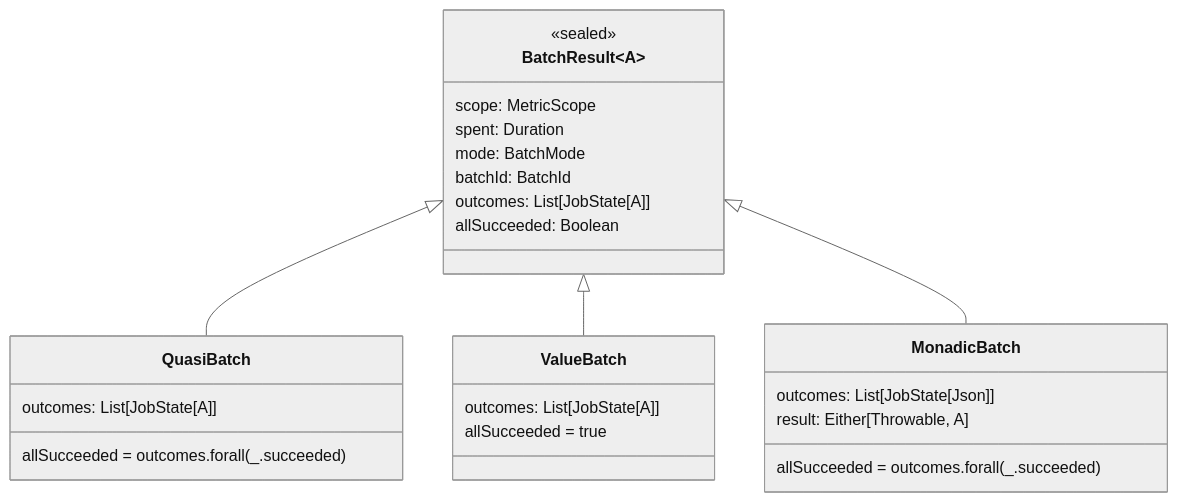
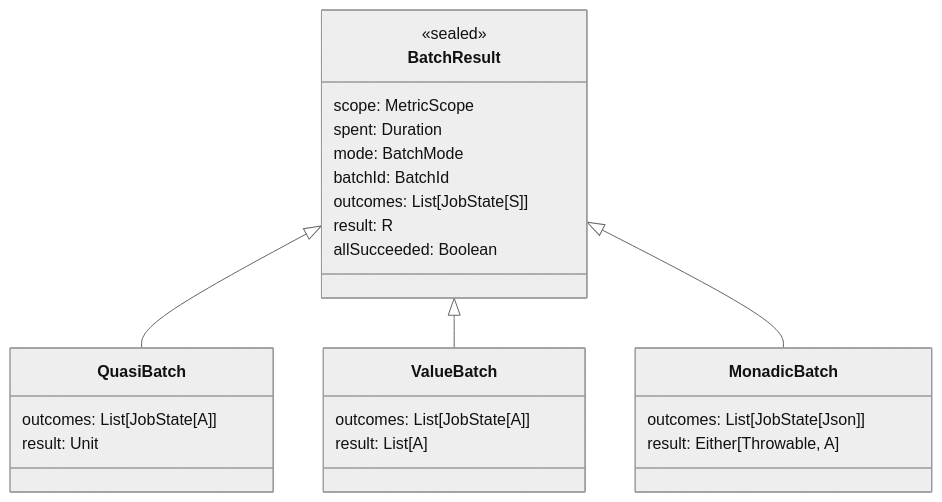
Before and after one commit to chenharryhua/nanjin: the fifth of 7 diagrams in guard/doc/README.md, drawn with Mermaid (neutral theme). The commit also changed other lines of this file, not shown here.

````diff
--- a/guard/doc/README.md
+++ b/guard/doc/README.md
@@ -135,29 +255,29 @@
 ```mermaid
 classDiagram
-    class BatchResult~A~ {
+    class BatchResult {
         <<sealed>>
         scope: MetricScope
         spent: Duration
         mode: BatchMode
         batchId: BatchId
-        outcomes: List[JobState[A]]
+        outcomes: List[JobState[S]]
+        result: R
         allSucceeded: Boolean
     }
     BatchResult <|-- QuasiBatch
     BatchResult <|-- ValueBatch
     BatchResult <|-- MonadicBatch
 
     class QuasiBatch~A~ {
         outcomes: List[JobState[A]]
-        allSucceeded = outcomes.forall(_.succeeded)
+        result: Unit
     }
     class ValueBatch~A~ {
         outcomes: List[JobState[A]]
-        allSucceeded = true
+        result: List[A]
     }
     class MonadicBatch~A~ {
         outcomes: List[JobState[Json]]
         result: Either[Throwable, A]
-        allSucceeded = outcomes.forall(_.succeeded)
     }
 ```
````
